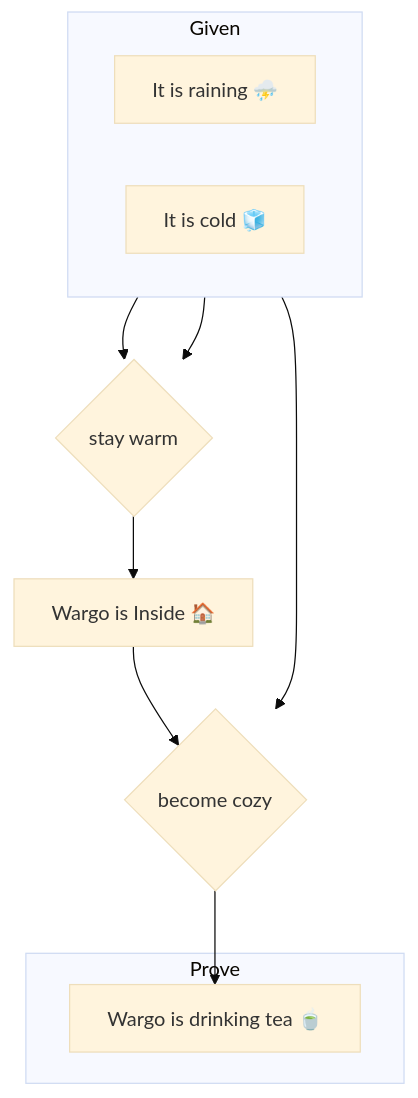
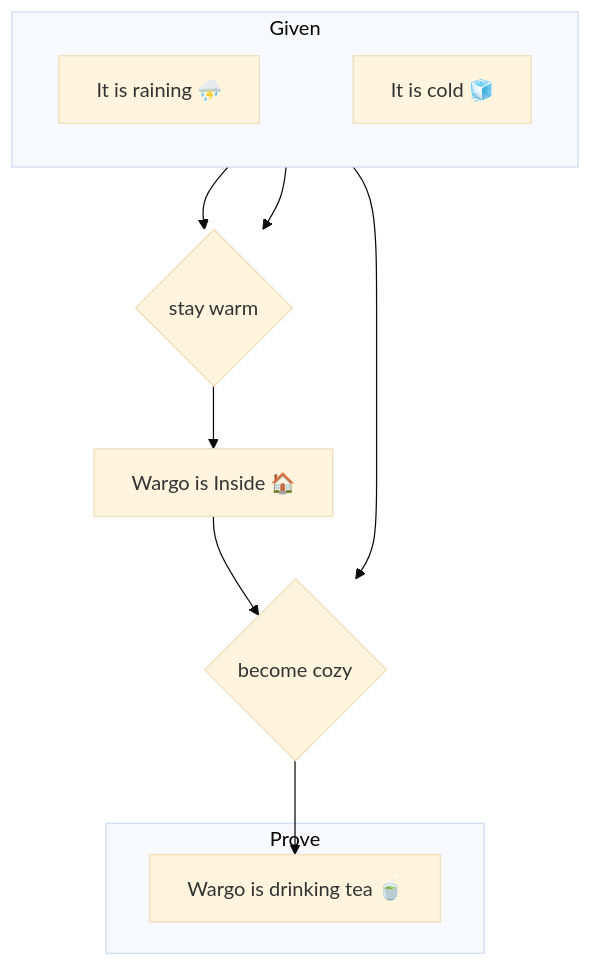
Before and after one commit to Codesmith512/mapth: the diagram in topics/logic_propositional.md, drawn with Mermaid (base theme).

Commit message:
Better mermaid import hygeine

````diff
--- a/topics/logic_propositional.md
+++ b/topics/logic_propositional.md
@@ -34,24 +34,25 @@
 ```mermaid
 graph TD
     subgraph Given
         direction LR
         R[It is raining ⛈️]
         C[It is cold 🧊]
+        R ~~~ C
     end
 
     sw{stay warm}
     bc{become cozy}
     I[Wargo is Inside 🏠]
     
     R --> sw
     C --> sw
     sw --> I
     C --> bc
     I --> bc
 
     bc --> T
     
     subgraph Prove
         T[Wargo is drinking tea 🍵]
     end
 ```
````
